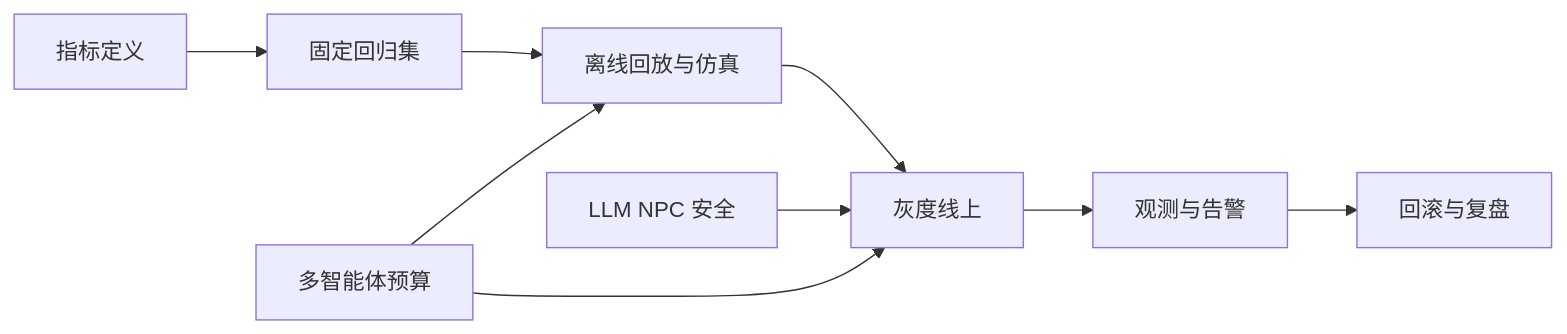
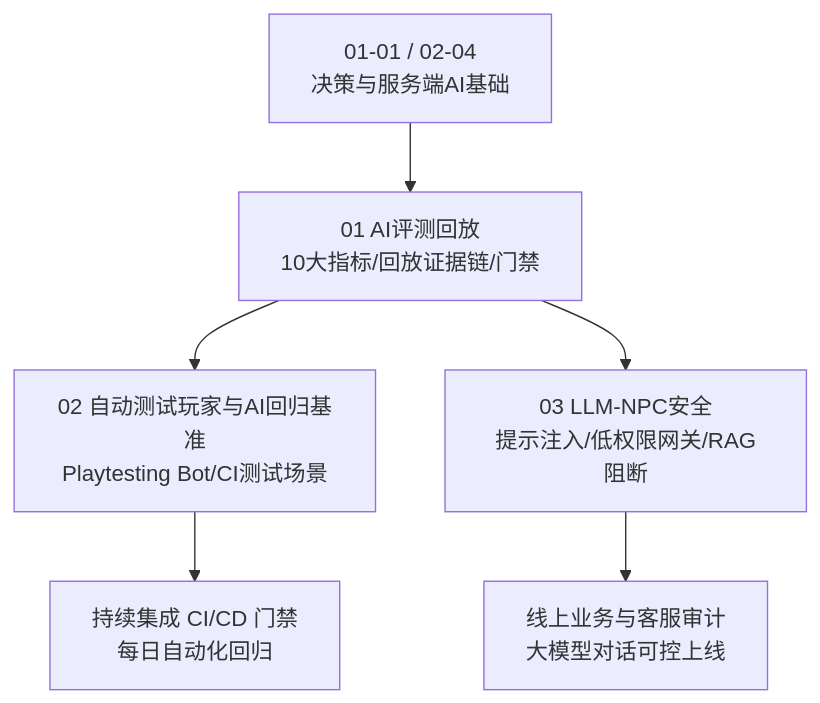
One commit to fantuan812/learning changed the first of 2 diagrams in 游戏AI/03-评测与安全/README.md. Above: the diagram before and after it, drawn with Mermaid. The commit also changed other lines of this file and 13 other files, not shown here.

````diff
--- a/游戏AI/03-评测与安全/README.md
+++ b/游戏AI/03-评测与安全/README.md
@@ -51,11 +43,8 @@
-~~~mermaid
-flowchart LR
-    A[指标定义] --> B[固定回归集]
-    B --> C[离线回放与仿真]
-    C --> D[灰度线上]
-    D --> E[观测与告警]
-    E --> F[回滚与复盘]
-    G[LLM NPC 安全] --> D
-    H[多智能体预算] --> C
-    H --> D
-~~~
+```mermaid
+flowchart TD
+    A[01-01 / 02-04<br/>决策与服务端AI基础] --> B[01 AI评测回放<br/>10大指标/回放证据链/门禁]
+    B --> C[02 自动测试玩家与AI回归基准<br/>Playtesting Bot/CI测试场景]
+    B --> D[03 LLM-NPC安全<br/>提示注入/低权限网关/RAG阻断]
+    C --> E[持续集成 CI/CD 门禁<br/>每日自动化回归]
+    D --> F[线上业务与客服审计<br/>大模型对话可控上线]
+```
````
